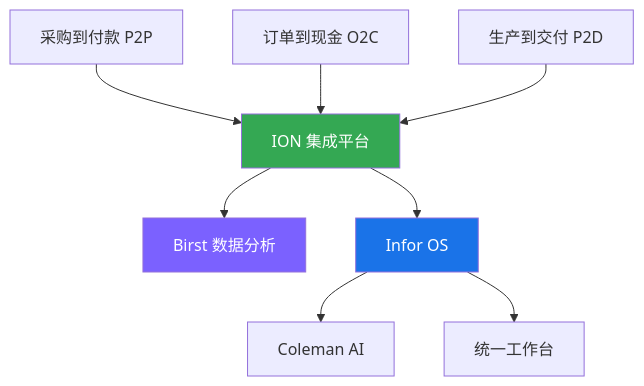
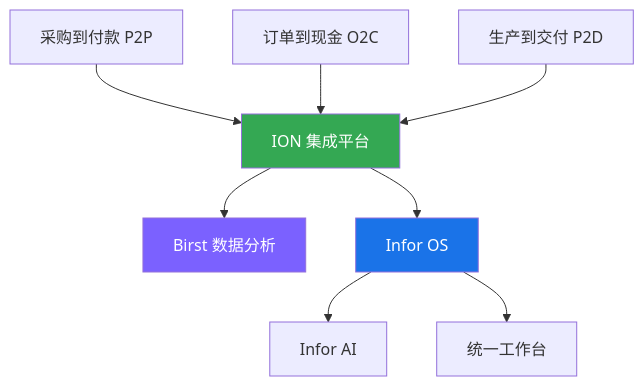
One commit to cuiwenyuan/infor-ecosystem-open-resources changed the fourth of 5 diagrams in docs/ecosystem/data-flow.md. Above: the diagram before and after it, drawn with Mermaid. The commit also changed 39 other files, not shown here.

````diff
--- a/docs/ecosystem/data-flow.md
+++ b/docs/ecosystem/data-flow.md
@@ -138,15 +138,15 @@
 ```mermaid
 graph TB
     A[采购到付款 P2P] --> D[ION 集成平台]
     B[订单到现金 O2C] --> D
     C[生产到交付 P2D] --> D
     
     D --> E[Birst 数据分析]
     D --> F[Infor OS]
-    F --> G[Coleman AI]
+    F --> G[Infor AI]
     F --> H[统一工作台]
     
     style D fill:#34a853,color:#fff
     style E fill:#7b61ff,color:#fff
     style F fill:#1a73e8,color:#fff
 ```
````
